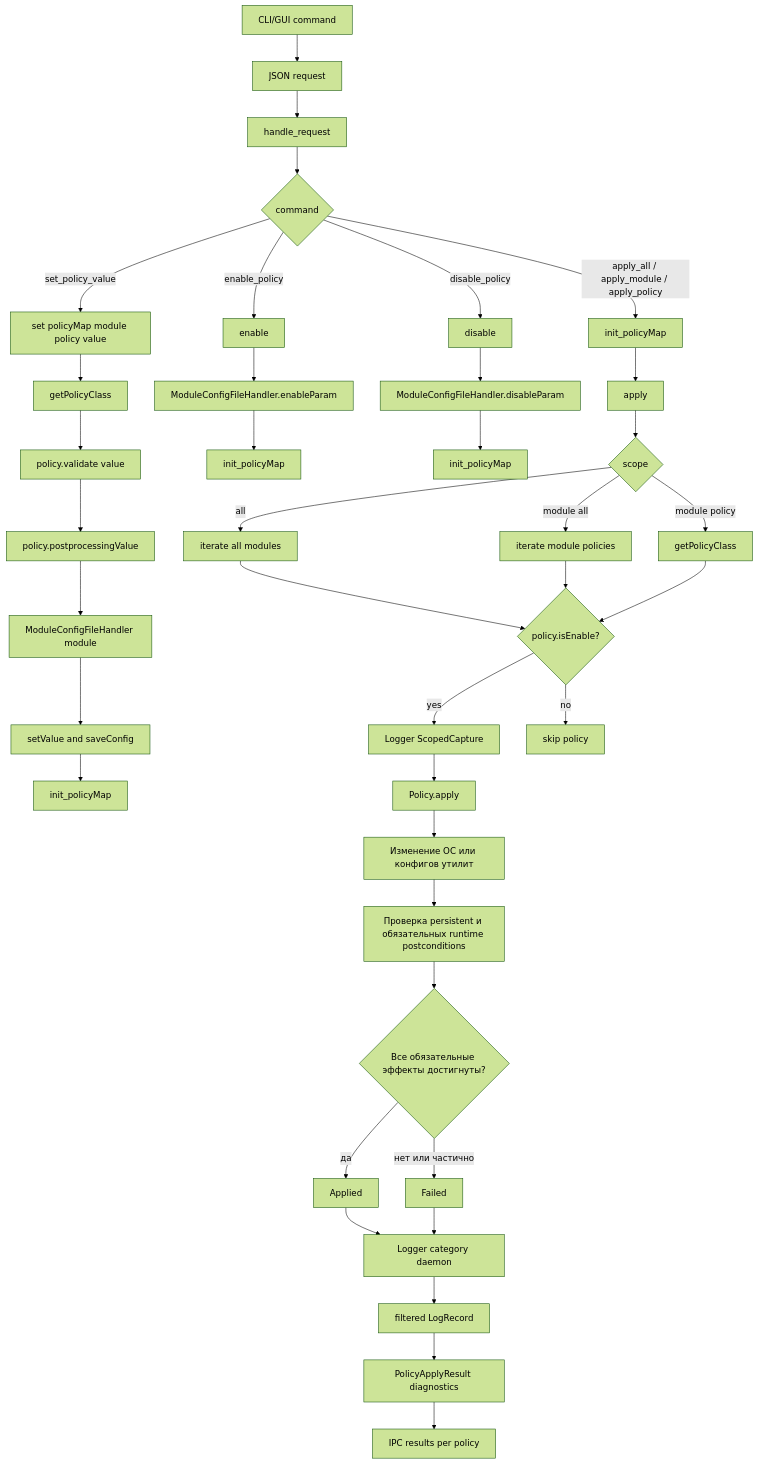
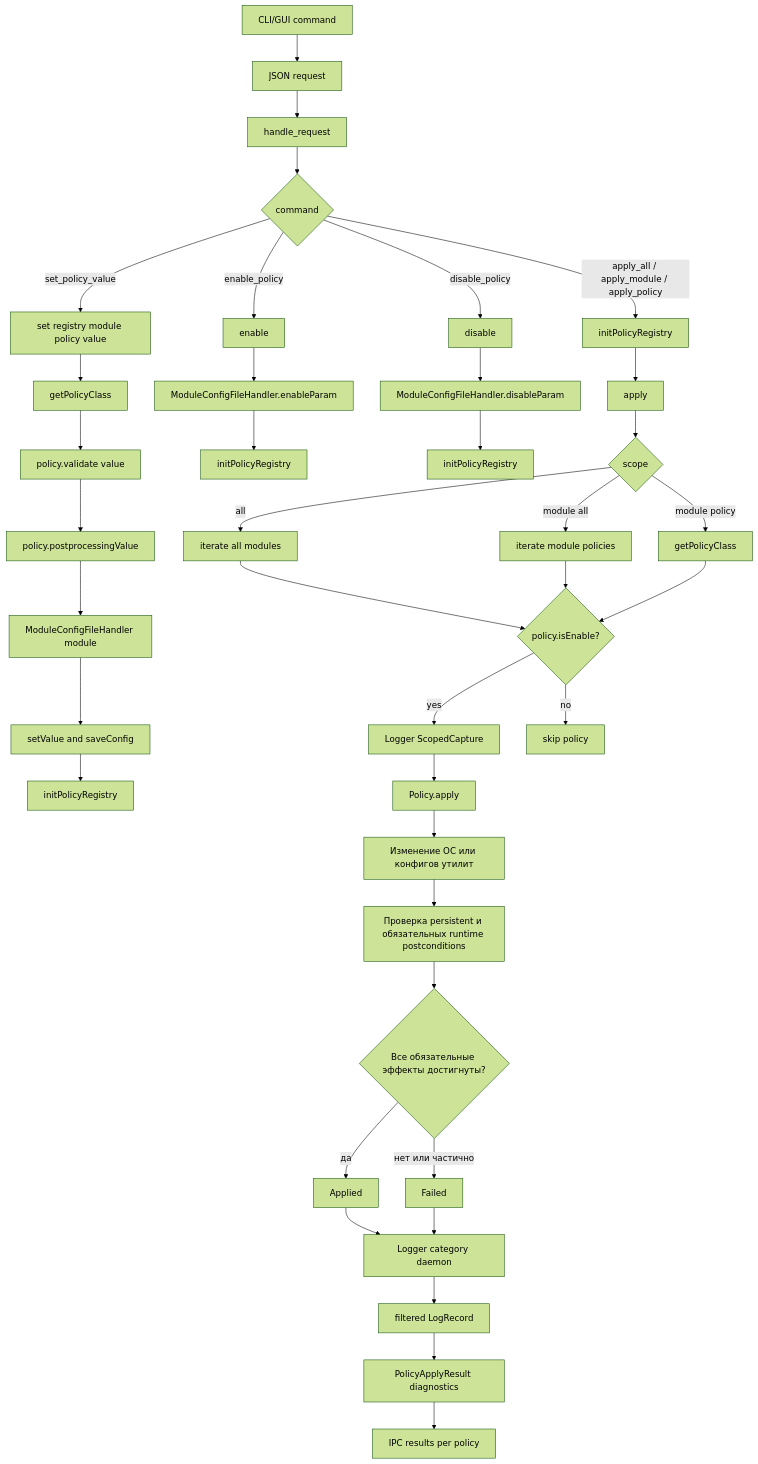
One commit to RevoltStar/FIC changed the eighth of 20 diagrams in docs/architecture-diagrams.md. Above: the diagram before and after it, drawn with Mermaid (forest theme). The commit also changed other lines of this file and 79 other files, not shown here.

Commit message:
PolicyMap заменён на PolicyRegistry с модульным ModuleView. CLI и GUI переведены на новый контракт. Неизвестный view отклоняется

````diff
--- a/docs/architecture-diagrams.md
+++ b/docs/architecture-diagrams.md
@@ -309,46 +309,46 @@
 ```mermaid
 flowchart TD
     clientCommand[CLI/GUI command] --> json[JSON request]
     json --> router[handle_request]
 
     router --> commandType{command}
 
-    commandType -->|set_policy_value| setFn[set policyMap module policy value]
+    commandType -->|set_policy_value| setFn[set registry module policy value]
     setFn --> getPolicy[getPolicyClass]
     getPolicy --> validate[policy.validate value]
     validate --> postprocess[policy.postprocessingValue]
     postprocess --> moduleConfig[ModuleConfigFileHandler module]
     moduleConfig --> saveValue[setValue and saveConfig]
-    saveValue --> reloadAfterSet[init_policyMap]
+    saveValue --> reloadAfterSet[initPolicyRegistry]
 
     commandType -->|enable_policy| enableFn[enable]
     enableFn --> enableConfig[ModuleConfigFileHandler.enableParam]
-    enableConfig --> reloadAfterEnable[init_policyMap]
+    enableConfig --> reloadAfterEnable[initPolicyRegistry]
 
     commandType -->|disable_policy| disableFn[disable]
     disableFn --> disableConfig[ModuleConfigFileHandler.disableParam]
-    disableConfig --> reloadAfterDisable[init_policyMap]
+    disableConfig --> reloadAfterDisable[initPolicyRegistry]
 
-    commandType -->|apply_all / apply_module / apply_policy| reloadBeforeApply[init_policyMap]
+    commandType -->|apply_all / apply_module / apply_policy| reloadBeforeApply[initPolicyRegistry]
     reloadBeforeApply --> apply[apply]
     apply --> chooseScope{scope}
     chooseScope -->|all| allModules[iterate all modules]
     chooseScope -->|module all| oneModule[iterate module policies]
     chooseScope -->|module policy| onePolicy[getPolicyClass]
     allModules --> enabledOnly{policy.isEnable?}
     oneModule --> enabledOnly
     onePolicy --> enabledOnly
     enabledOnly -->|yes| capture[Logger ScopedCapture]
     enabledOnly -->|no| skip[skip policy]
     capture --> caf[Policy.apply]
     caf --> osChange[Изменение ОС или конфигов утилит]
     osChange --> verify[Проверка persistent и обязательных runtime postconditions]
     verify --> cafResult{Все обязательные эффекты достигнуты?}
     cafResult -->|да| applied[Applied]
     cafResult -->|нет или частично| failed[Failed]
     applied --> log[Logger category daemon]
     failed --> log
     log --> diagnostic[filtered LogRecord]
     diagnostic --> result[PolicyApplyResult diagnostics]
     result --> response[IPC results per policy]
 ```
````
